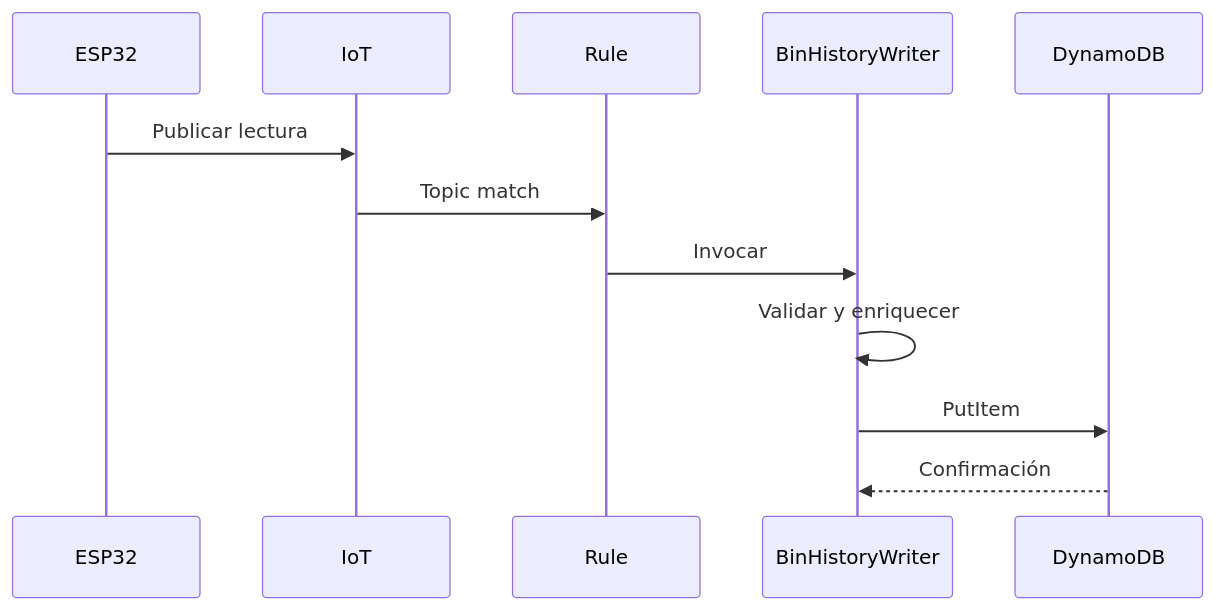
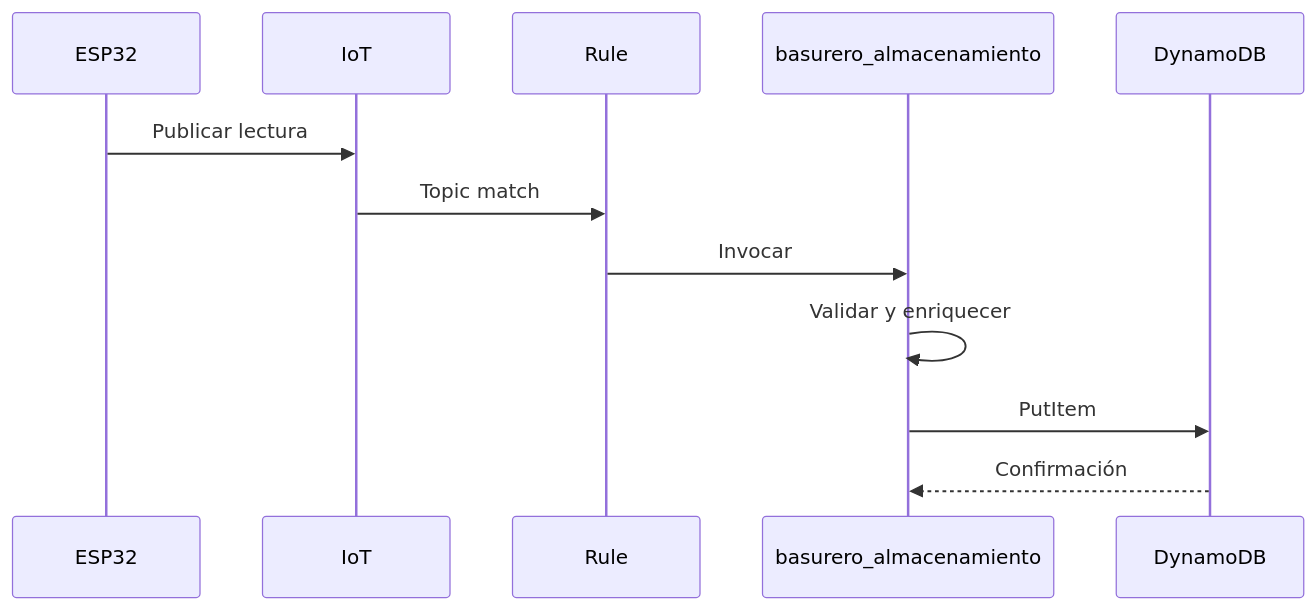
One commit to Lucas-RodriguezAncieta/Practica4_IoT_BasureroInteligente changed the eighth of 10 diagrams in Informe.md. Above: the diagram before and after it, drawn with Mermaid. The commit also changed other lines of this file, not shown here.

````diff
--- a/Informe.md
+++ b/Informe.md
@@ -348,14 +374,14 @@
 ```mermaid
 sequenceDiagram
     participant ESP32
     participant IoT
     participant Rule
-    participant Lambda as BinHistoryWriter
+    participant Lambda as basurero_almacenamiento
     participant DB as DynamoDB
     ESP32->>IoT: Publicar lectura
     IoT->>Rule: Topic match
     Rule->>Lambda: Invocar
     Lambda->>Lambda: Validar y enriquecer
     Lambda->>DB: PutItem
     DB-->>Lambda: Confirmación
 ```
````
